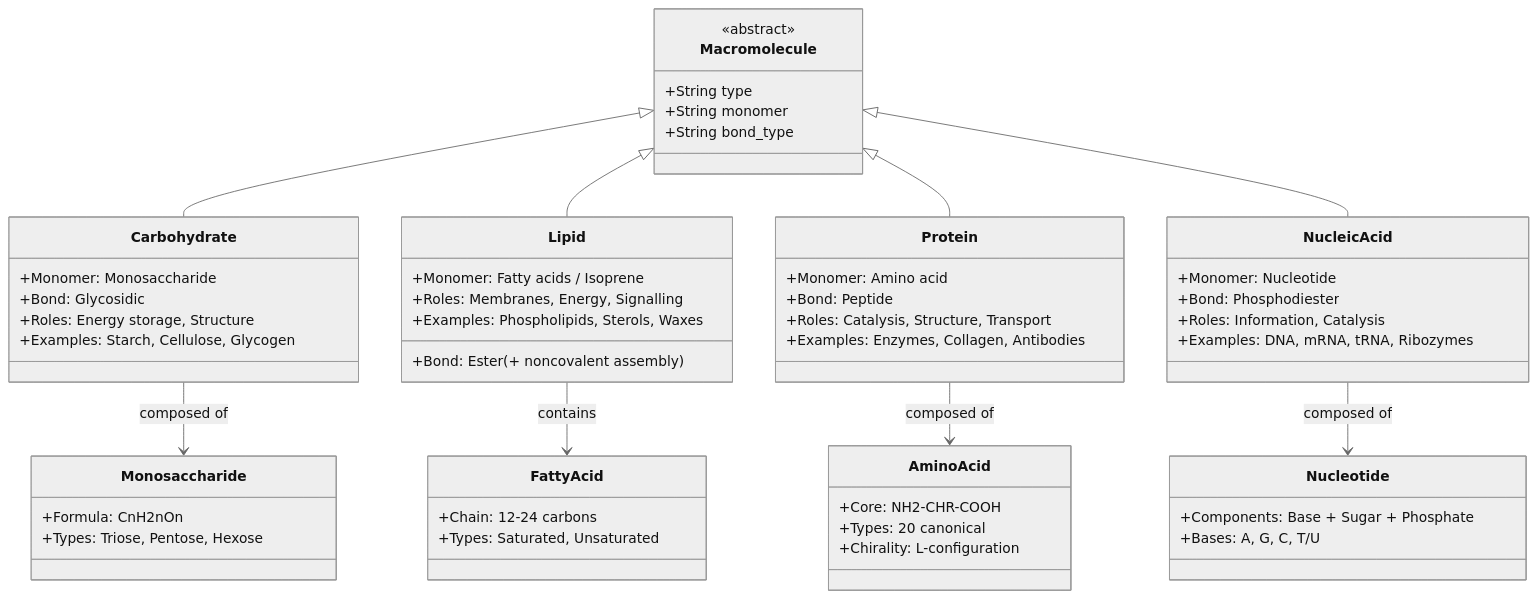
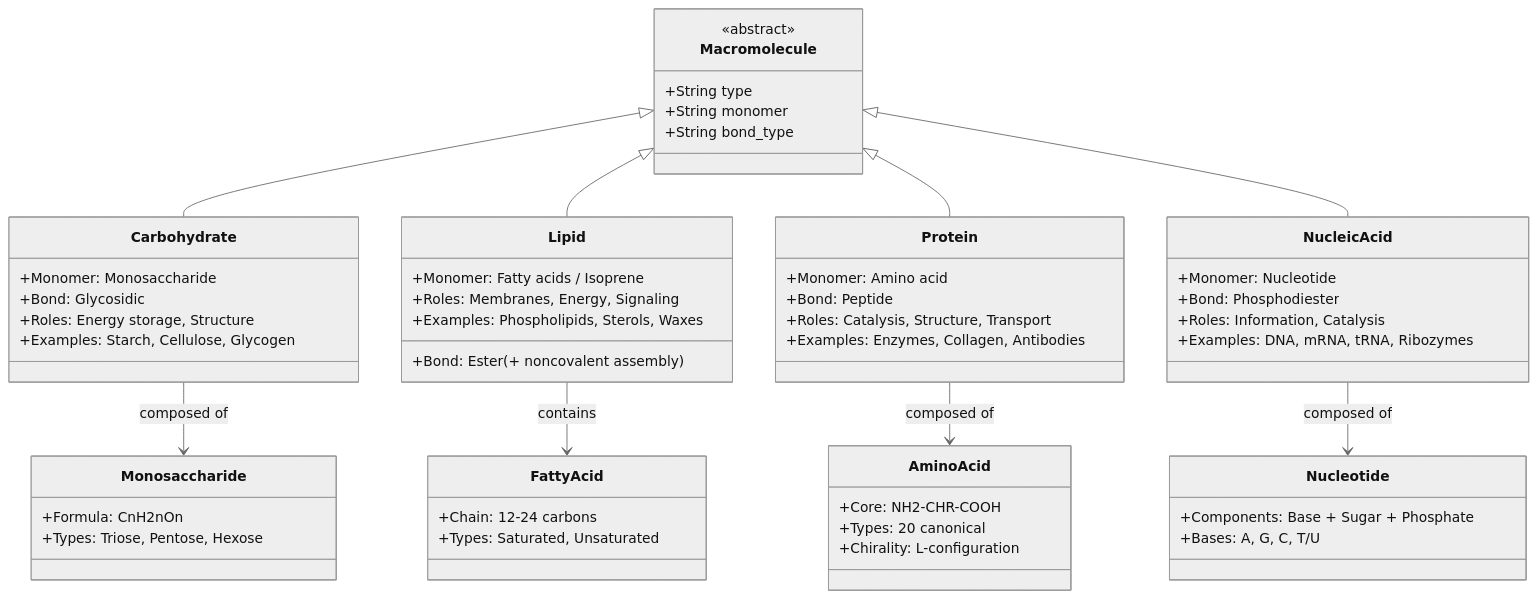
The first of 5 diagrams in manuscript/unit_I/macromolecules.md (docxology/biology_textbook), drawn with Mermaid (neutral theme) before and after one commit. The commit also changed other lines of this file and 247 other files, not shown here.

````diff
--- a/manuscript/unit_I/macromolecules.md
+++ b/manuscript/unit_I/macromolecules.md
@@ -60,68 +61,68 @@
 ```mermaid
 classDiagram
     class Macromolecule {
         <<abstract>>
         +String type
         +String monomer
         +String bond_type
     }
 
     class Carbohydrate {
         +Monomer: Monosaccharide
         +Bond: Glycosidic
         +Roles: Energy storage, Structure
         +Examples: Starch, Cellulose, Glycogen
     }
 
     class Lipid {
         +Monomer: Fatty acids / Isoprene
         +Bond: Ester (+ noncovalent assembly)
-        +Roles: Membranes, Energy, Signalling
+        +Roles: Membranes, Energy, Signaling
         +Examples: Phospholipids, Sterols, Waxes
     }
 
     class Protein {
         +Monomer: Amino acid
         +Bond: Peptide
         +Roles: Catalysis, Structure, Transport
         +Examples: Enzymes, Collagen, Antibodies
     }
 
     class NucleicAcid {
         +Monomer: Nucleotide
         +Bond: Phosphodiester
         +Roles: Information, Catalysis
         +Examples: DNA, mRNA, tRNA, Ribozymes
     }
 
     Macromolecule <|-- Carbohydrate
     Macromolecule <|-- Lipid
     Macromolecule <|-- Protein
     Macromolecule <|-- NucleicAcid
 
     class Monosaccharide {
         +Formula: CnH2nOn
         +Types: Triose, Pentose, Hexose
     }
 
     class AminoAcid {
         +Core: NH2-CHR-COOH
         +Types: 20 canonical
         +Chirality: L-configuration
     }
 
     class Nucleotide {
         +Components: Base + Sugar + Phosphate
         +Bases: A, G, C, T/U
     }
 
     class FattyAcid {
         +Chain: 12-24 carbons
         +Types: Saturated, Unsaturated
     }
 
     Carbohydrate --> Monosaccharide : composed of
     Protein --> AminoAcid : composed of
     NucleicAcid --> Nucleotide : composed of
     Lipid --> FattyAcid : contains
 ```
````
